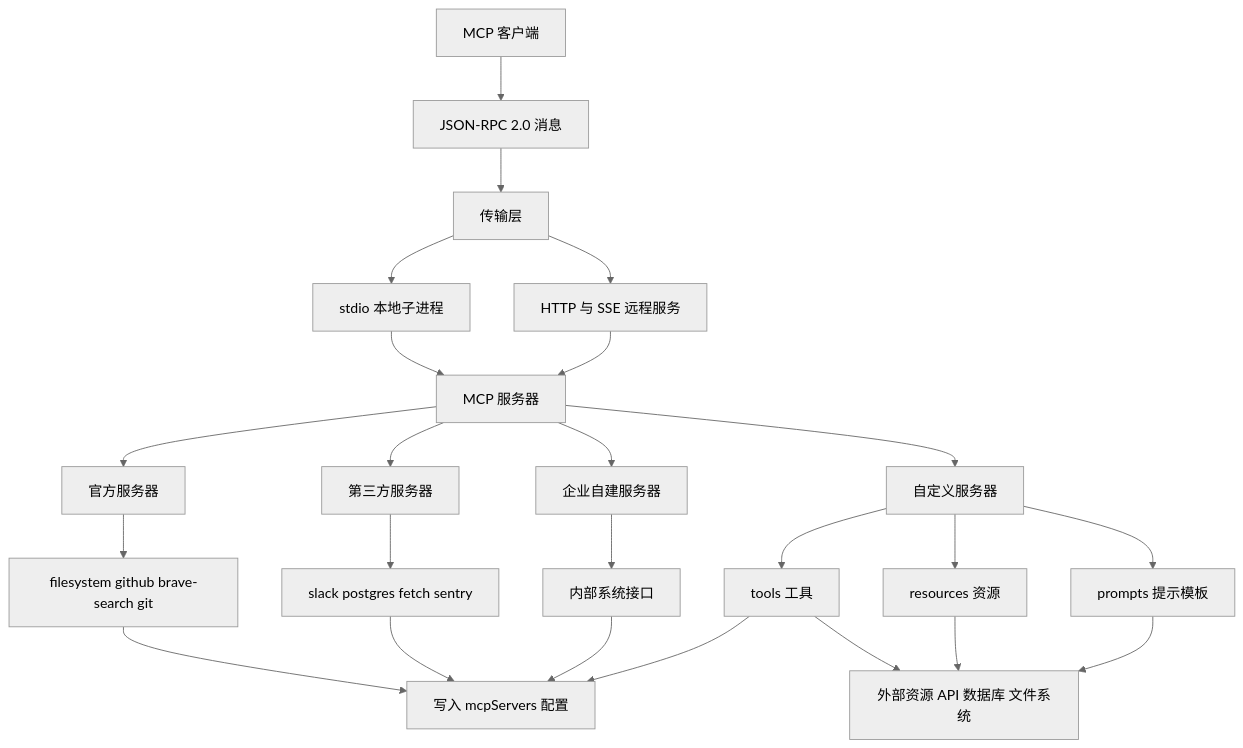
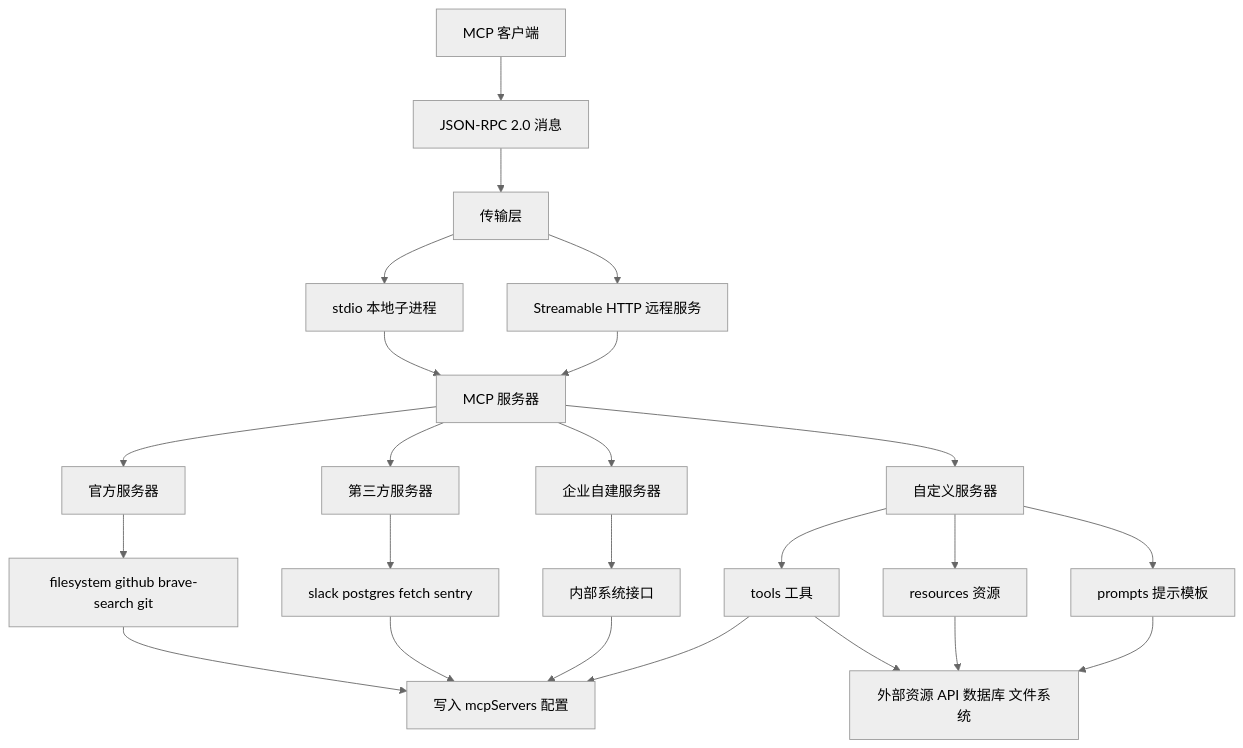
One commit to Shyu-x/frontend-interview changed the first of 9 diagrams in docs/agent/mcp/mcp-servers-ecosystem.md. Above: the diagram before and after it, drawn with Mermaid (neutral theme). The commit also changed other lines of this file and 46 other files, not shown here.

````diff
--- a/docs/agent/mcp/mcp-servers-ecosystem.md
+++ b/docs/agent/mcp/mcp-servers-ecosystem.md
@@ -20,26 +26,26 @@
 ```mermaid
 flowchart TB
     A["MCP 客户端"] --> B["JSON-RPC 2.0 消息"]
     B --> C["传输层"]
     C --> D["stdio 本地子进程"]
-    C --> E["HTTP 与 SSE 远程服务"]
+    C --> E["Streamable HTTP 远程服务"]
     D --> F["MCP 服务器"]
     E --> F
     F --> G["官方服务器"]
     F --> H["第三方服务器"]
     F --> I["企业自建服务器"]
     F --> J["自定义服务器"]
     G --> K["filesystem github brave-search git"]
     H --> L["slack postgres fetch sentry"]
     I --> M["内部系统接口"]
     J --> N["tools 工具"]
     J --> O["resources 资源"]
     J --> P["prompts 提示模板"]
     N --> Q["外部资源 API 数据库 文件系统"]
     O --> Q
     P --> Q
     K --> R["写入 mcpServers 配置"]
     L --> R
     M --> R
     N --> R
 ```
````
